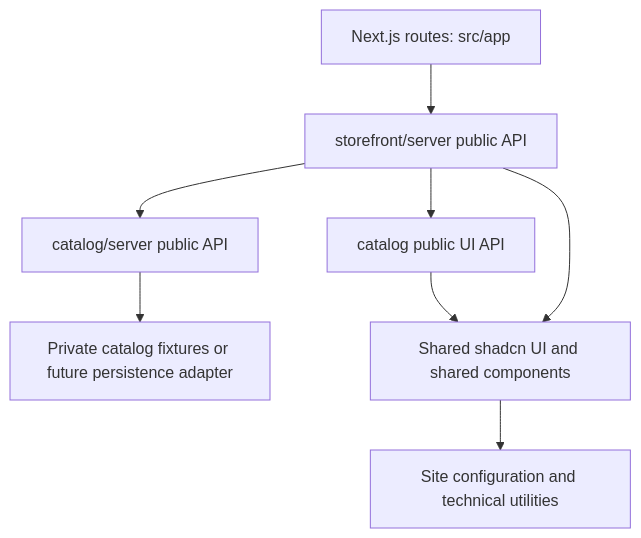
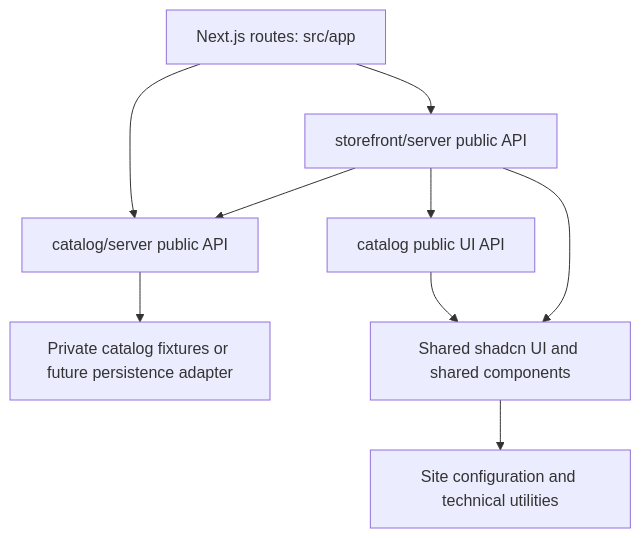
The diagram in docs/architecture.md (shanelamara/Carcy), drawn with Mermaid before and after one commit. The commit also changed other lines of this file and 16 other files, not shown here.

````diff
--- a/docs/architecture.md
+++ b/docs/architecture.md
@@ -40,10 +44,11 @@
 ```mermaid
 flowchart TD
     Routes[Next.js routes: src/app] --> Storefront[storefront/server public API]
-    Storefront --> CatalogServer[catalog/server public API]
+    Routes --> CatalogServer[catalog/server public API]
+    Storefront --> CatalogServer
     Storefront --> CatalogUI[catalog public UI API]
     CatalogServer --> Data[Private catalog fixtures or future persistence adapter]
     CatalogUI --> Shared[Shared shadcn UI and shared components]
     Storefront --> Shared
     Shared --> Config[Site configuration and technical utilities]
 ```
````
